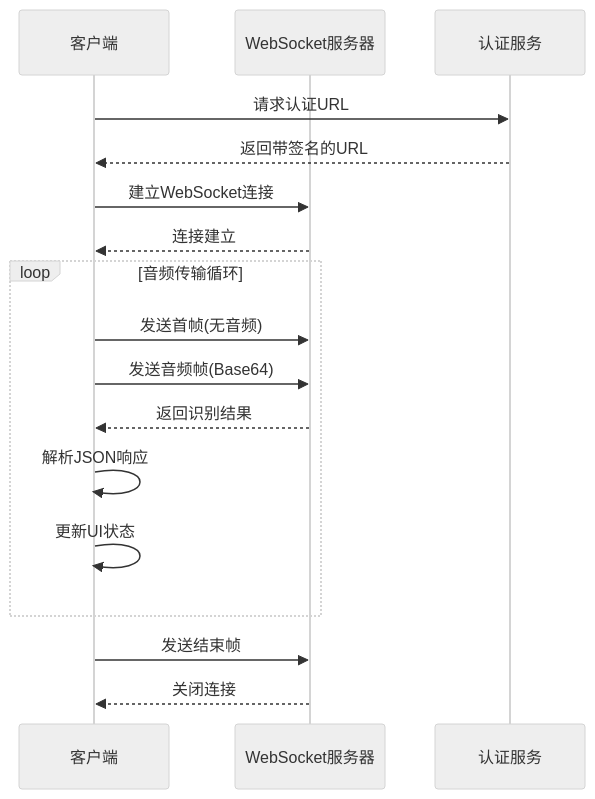
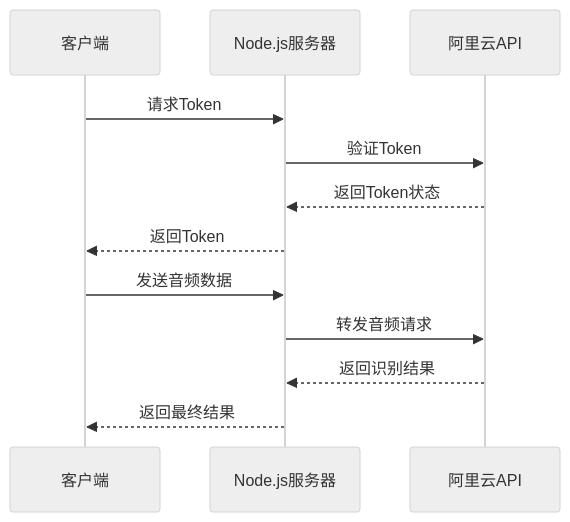
Diagram 12 of 15 in .qoder/repowiki/zh/content/核心架构设计/核心架构设计.md (db300/MySpeechRecognition), drawn with Mermaid (neutral theme) before and after one commit. The commit also changed other lines of this file and 26 other files, not shown here.

````diff
--- a/.qoder/repowiki/zh/content/核心架构设计/核心架构设计.md
+++ b/.qoder/repowiki/zh/content/核心架构设计/核心架构设计.md
@@ -453,19 +509,14 @@
 ```mermaid
 sequenceDiagram
 participant Client as 客户端
-participant WS as WebSocket服务器
-participant Auth as 认证服务
-Client->>Auth : 请求认证URL
-Auth-->>Client : 返回带签名的URL
-Client->>WS : 建立WebSocket连接
-WS-->>Client : 连接建立
-loop 音频传输循环
-Client->>WS : 发送首帧(无音频)
-Client->>WS : 发送音频帧(Base64)
-WS-->>Client : 返回识别结果
-Client->>Client : 解析JSON响应
-Client->>Client : 更新UI状态
-end
-Client->>WS : 发送结束帧
-WS-->>Client : 关闭连接
+participant Server as Node.js服务器
+participant Aliyun as 阿里云API
+Client->>Server : 请求Token
+Server->>Aliyun : 验证Token
+Aliyun-->>Server : 返回Token状态
+Server-->>Client : 返回Token
+Client->>Server : 发送音频数据
+Server->>Aliyun : 转发音频请求
+Aliyun-->>Server : 返回识别结果
+Server-->>Client : 返回最终结果
 ```
````
